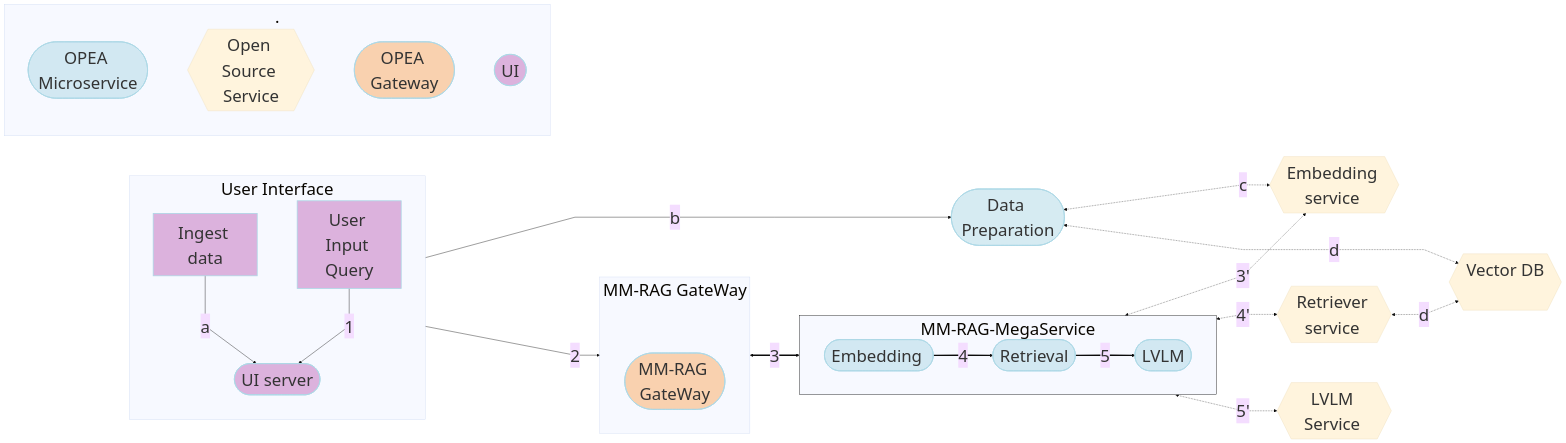
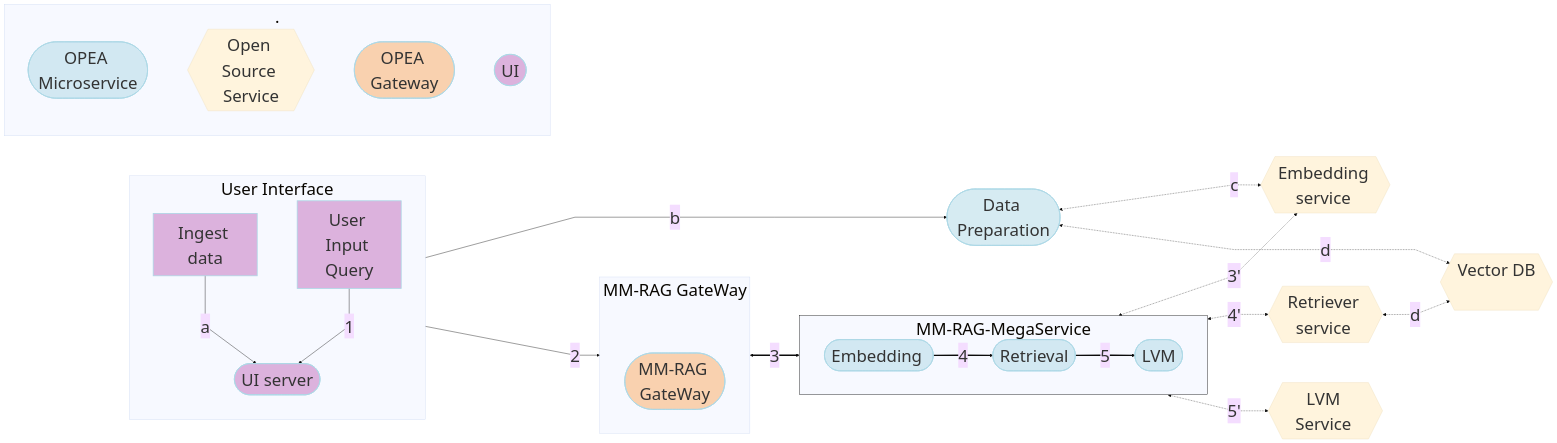
One commit to opea-project/GenAIExamples changed the diagram in MultimodalRAGWithVideos/README.md. Above: the diagram before and after it, drawn with Mermaid. The commit also changed other lines of this file and 7 other files, not shown here.

````diff
--- a/MultimodalRAGWithVideos/README.md
+++ b/MultimodalRAGWithVideos/README.md
@@ -13,80 +13,80 @@
 ```mermaid
 ---
 config:
   flowchart:
     nodeSpacing: 100
     rankSpacing: 100
     curve: linear
   theme: base
   themeVariables:
     fontSize: 42px
 ---
 flowchart LR
     %% Colors %%
     classDef blue fill:#ADD8E6,stroke:#ADD8E6,stroke-width:2px,fill-opacity:0.5
     classDef orange fill:#FBAA60,stroke:#ADD8E6,stroke-width:2px,fill-opacity:0.5
     classDef orchid fill:#C26DBC,stroke:#ADD8E6,stroke-width:2px,fill-opacity:0.5
     classDef invisible fill:transparent,stroke:transparent;
     style MM-RAG-MegaService stroke:#000000
     %% Subgraphs %%
     subgraph MM-RAG-MegaService["MM-RAG-MegaService"]
         direction LR
         EM([Embedding <br>]):::blue
         RET([Retrieval <br>]):::blue
-        LVLM([LVLM <br>]):::blue
+        LVM([LVM <br>]):::blue
     end
     subgraph User Interface
         direction TB
         a([User Input Query]):::orchid
         Ingest([Ingest data]):::orchid
         UI([UI server<br>]):::orchid
     end
     subgraph MM-RAG GateWay
         direction LR
         invisible1[ ]:::invisible
         GW([MM-RAG GateWay<br>]):::orange
     end
     subgraph .
         X([OPEA Microservice]):::blue
         Y{{Open Source Service}}
         Z([OPEA Gateway]):::orange
         Z1([UI]):::orchid
     end
 
     TEI_EM{{Embedding service <br>}}
     VDB{{Vector DB<br><br>}}
     R_RET{{Retriever service <br>}}
     DP([Data Preparation<br>]):::blue
-    LVLM_gen{{LVLM Service <br>}}
+    LVM_gen{{LVM Service <br>}}
 
     %% Data Preparation flow
     %% Ingest data flow
     direction LR
     Ingest[Ingest data] -->|a| UI
     UI -->|b| DP
     DP <-.->|c| TEI_EM
 
     %% Questions interaction
     direction LR
     a[User Input Query] -->|1| UI
     UI -->|2| GW
     GW <==>|3| MM-RAG-MegaService
     EM ==>|4| RET
-    RET ==>|5| LVLM
+    RET ==>|5| LVM
 
 
     %% Embedding service flow
     direction TB
     EM <-.->|3'| TEI_EM
     RET <-.->|4'| R_RET
-    LVLM <-.->|5'| LVLM_gen
+    LVM <-.->|5'| LVM_gen
 
     direction TB
     %% Vector DB interaction
     R_RET <-.->|d|VDB
     DP <-.->|d|VDB
 
 
 
 
 ```
````
